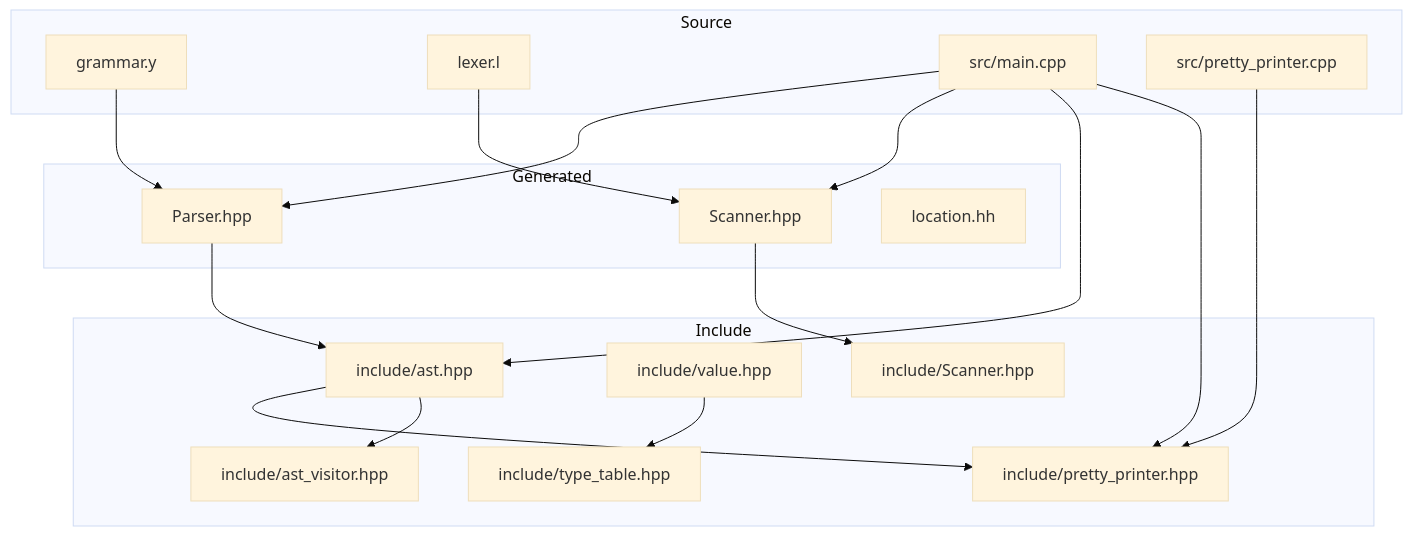
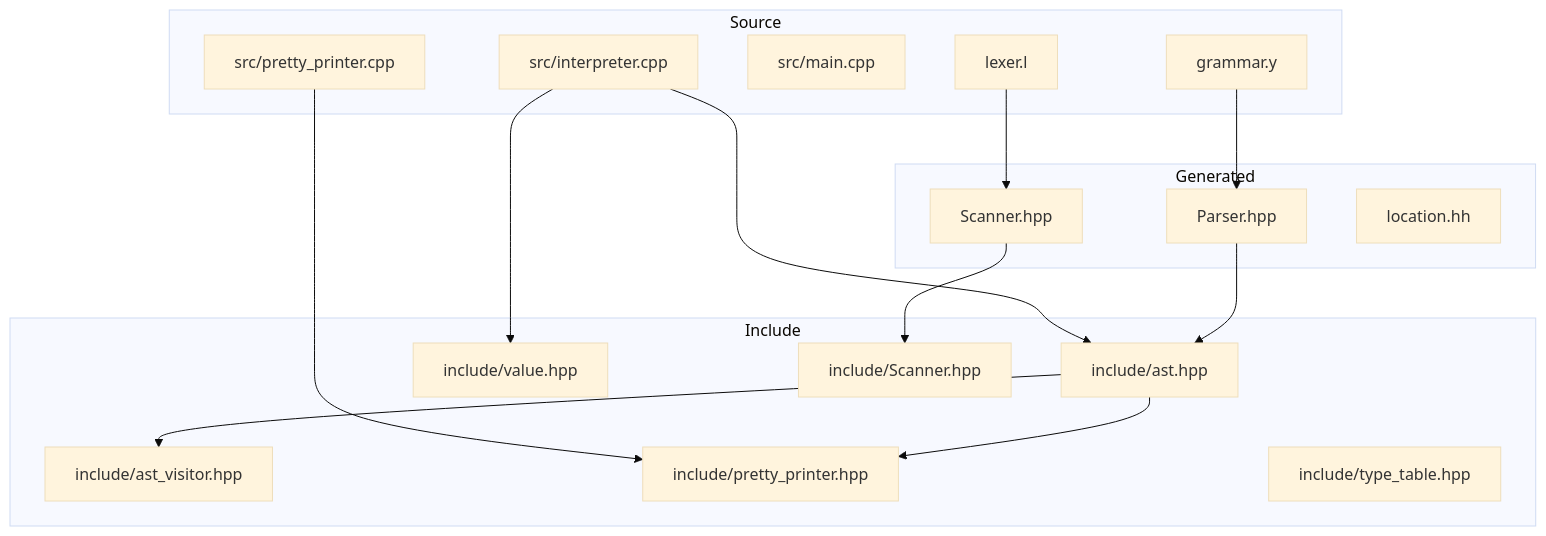
Before and after one commit to littlebirds/modern_bision: the first of 4 diagrams in .qoder/repowiki/en/content/Language Specification.md, drawn with Mermaid (base theme). The commit also changed other lines of this file and 6 other files, not shown here.

````diff
--- a/.qoder/repowiki/en/content/Language Specification.md
+++ b/.qoder/repowiki/en/content/Language Specification.md
@@ -39,34 +50,32 @@
 ```mermaid
 graph TB
 subgraph "Source"
 G["grammar.y"]
 L["lexer.l"]
 M["src/main.cpp"]
 PP["src/pretty_printer.cpp"]
+I["src/interpreter.cpp"]
 end
 subgraph "Generated"
 P["Parser.hpp"]
 S["Scanner.hpp"]
 LOC["location.hh"]
 end
 subgraph "Include"
 AST["include/ast.hpp"]
 AV["include/ast_visitor.hpp"]
 PPH["include/pretty_printer.hpp"]
 VAL["include/value.hpp"]
 TT["include/type_table.hpp"]
 SC["include/Scanner.hpp"]
 end
 G --> P
 L --> S
 S --> SC
 P --> AST
 AST --> PPH
 AST --> AV
-VAL --> TT
-M --> P
-M --> S
-M --> AST
-M --> PPH
+I --> AST
+I --> VAL
 PP --> PPH
 ```
````
